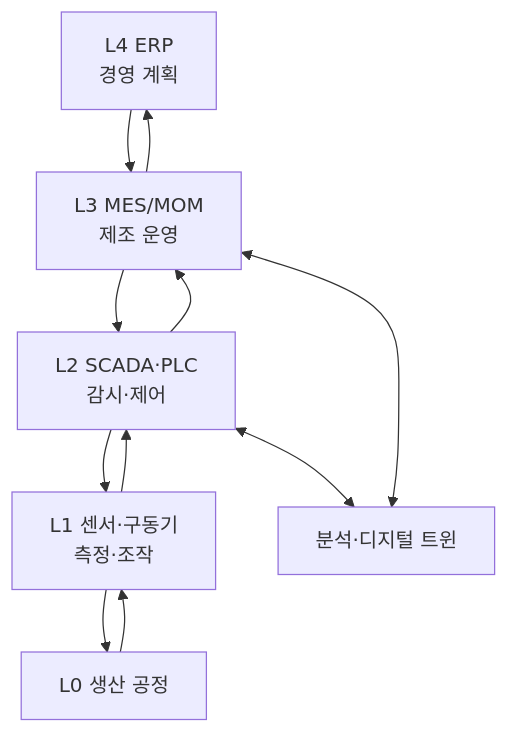
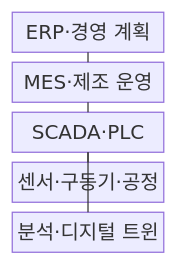
One commit to agnusdei1207/knowledge-base changed the first of 2 diagrams in src/content/docs/notes/08-latest-tech/201_smart_factory.md. Above: the diagram before and after it, drawn with Mermaid. The commit also changed other lines of this file and 23 other files, not shown here.

````diff
--- a/src/content/docs/notes/08-latest-tech/201_smart_factory.md
+++ b/src/content/docs/notes/08-latest-tech/201_smart_factory.md
@@ -50,13 +50,13 @@
 ```mermaid
-flowchart TB
-  L4["L4 ERP<br/>경영 계획"]
-  L3["L3 MES/MOM<br/>제조 운영"]
-  L2["L2 SCADA·PLC<br/>감시·제어"]
-  L1["L1 센서·구동기<br/>측정·조작"]
-  L0["L0 생산 공정"]
-  AI["분석·디지털 트윈"]
-  L4 --> L3 --> L2 --> L1 --> L0
-  L0 --> L1 --> L2 --> L3 --> L4
-  L2 <--> AI
-  L3 <--> AI
+block-beta
+  columns 1
+  erp["ERP·경영 계획"]
+  mes["MES·제조 운영"]
+  control["SCADA·PLC"]
+  field["센서·구동기·공정"]
+  analytics["분석·디지털 트윈"]
+  erp --- mes
+  mes --- control
+  control --- field
+  control --- analytics
 ```
````
